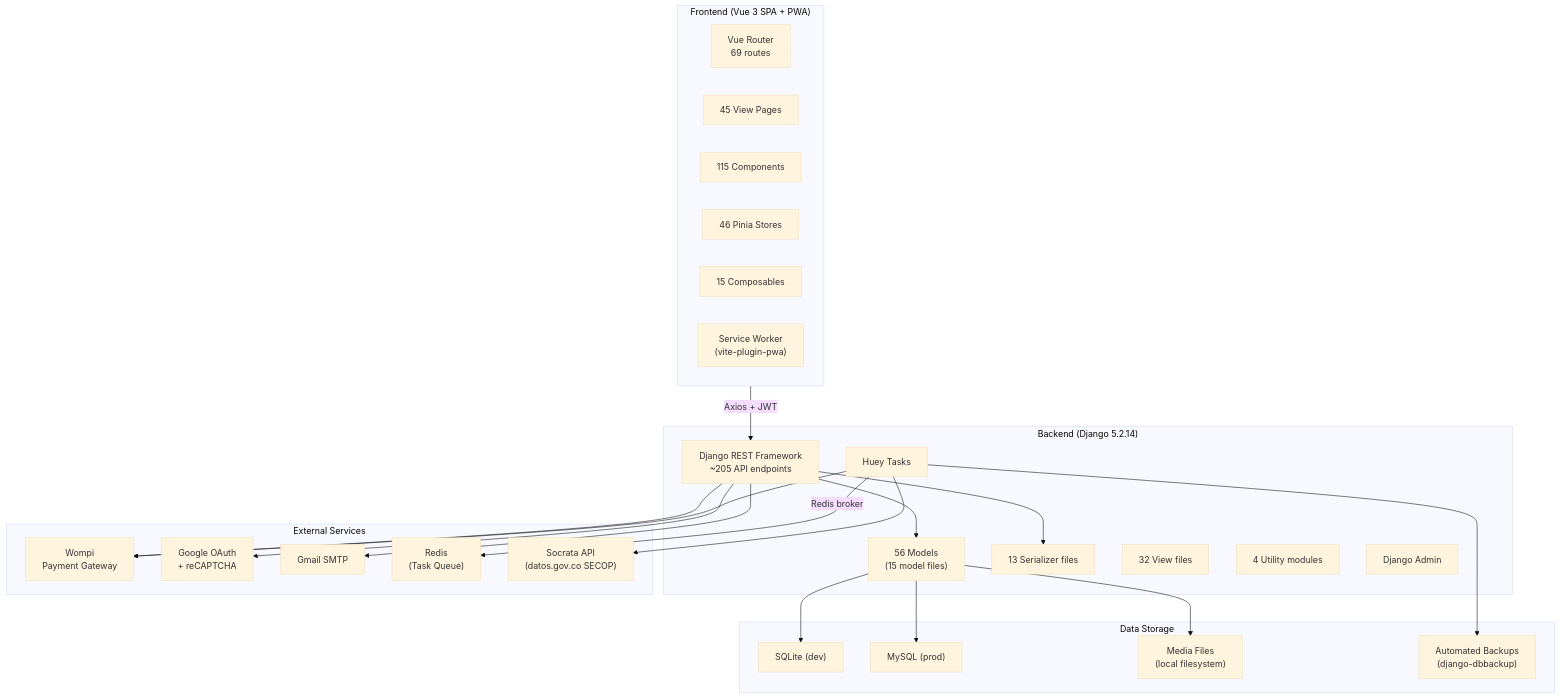
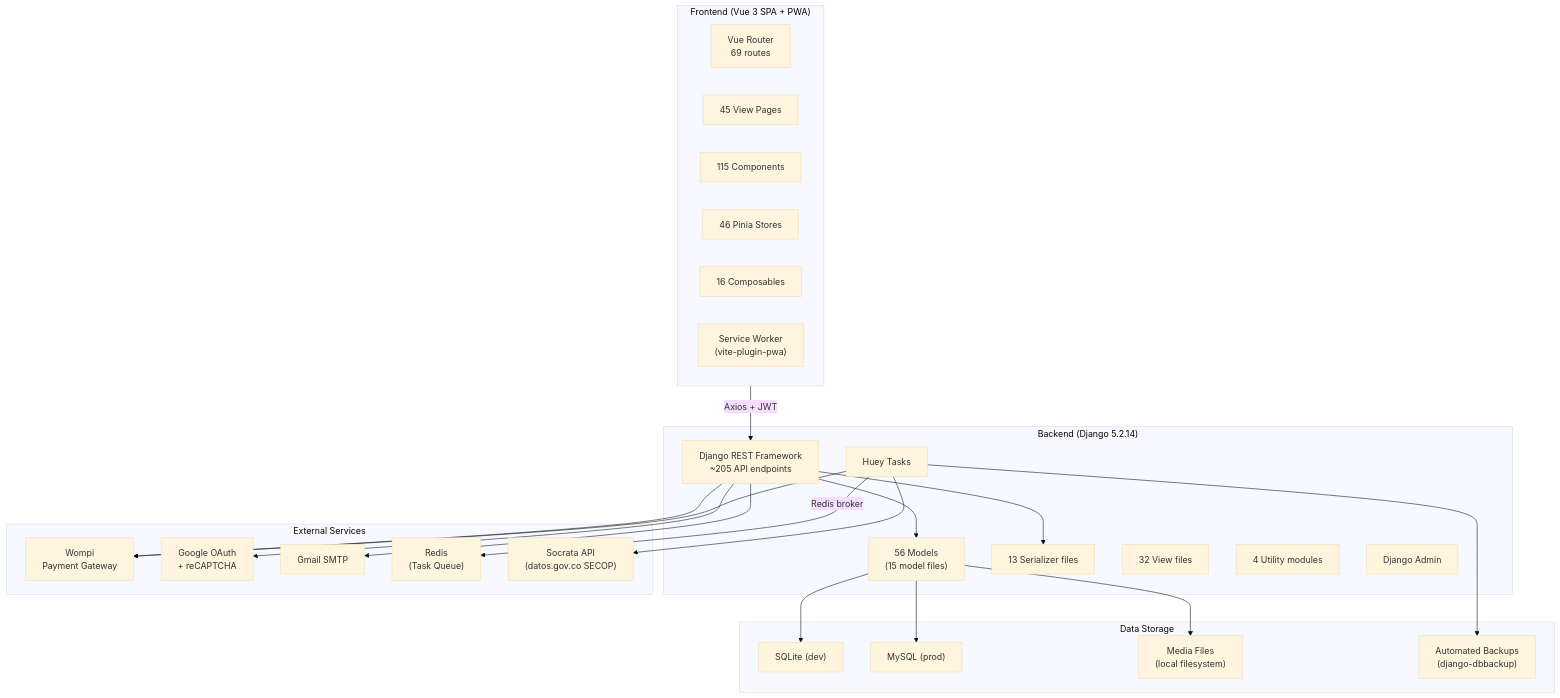
Before and after one commit to carlos18bp/gym_project: the first of 8 diagrams in docs/methodology/architecture.md, drawn with Mermaid (base theme). The commit also changed other lines of this file and 25 other files, not shown here.

````diff
--- a/docs/methodology/architecture.md
+++ b/docs/methodology/architecture.md
@@ -5,50 +5,50 @@
 ```mermaid
 flowchart TB
     subgraph Client["Frontend (Vue 3 SPA + PWA)"]
         Router["Vue Router\n69 routes"]
         Views["45 View Pages"]
         Components["115 Components"]
         Stores["46 Pinia Stores"]
-        Composables["15 Composables"]
+        Composables["16 Composables"]
         SW["Service Worker\n(vite-plugin-pwa)"]
     end
 
     subgraph Server["Backend (Django 5.2.14)"]
         DRF["Django REST Framework\n~205 API endpoints"]
         Models["56 Models\n(15 model files)"]
         Serializers["13 Serializer files"]
         Views_BE["32 View files"]
         Utils["4 Utility modules"]
         Tasks["Huey Tasks"]
         Admin["Django Admin"]
     end
 
     subgraph External["External Services"]
         Wompi["Wompi\nPayment Gateway"]
         Google["Google OAuth\n+ reCAPTCHA"]
         SMTP["Gmail SMTP"]
         Redis["Redis\n(Task Queue)"]
         Socrata["Socrata API\n(datos.gov.co SECOP)"]
     end
 
     subgraph Storage["Data Storage"]
         DB_Dev["SQLite (dev)"]
         DB_Prod["MySQL (prod)"]
         Media["Media Files\n(local filesystem)"]
         Backups["Automated Backups\n(django-dbbackup)"]
     end
 
     Client -->|"Axios + JWT"| DRF
     DRF --> Models
     DRF --> Serializers
     Models --> DB_Dev
     Models --> DB_Prod
     Models --> Media
     Tasks -->|"Redis broker"| Redis
     Tasks --> Wompi
     Tasks --> Backups
     DRF --> SMTP
     DRF --> Google
     DRF --> Wompi
     Tasks --> Socrata
 ```
````
